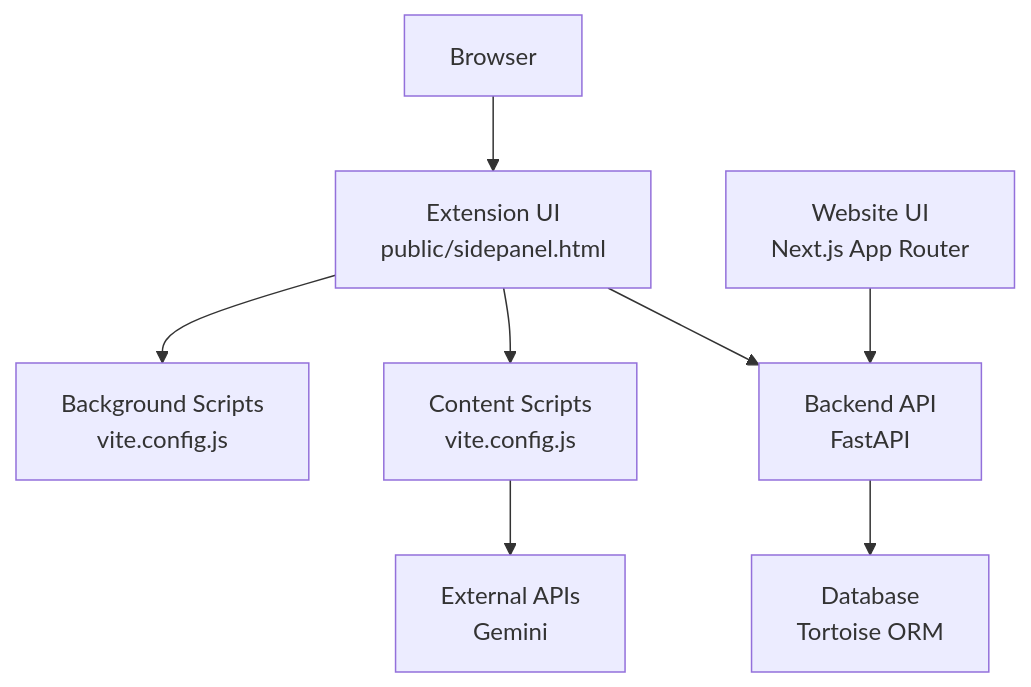
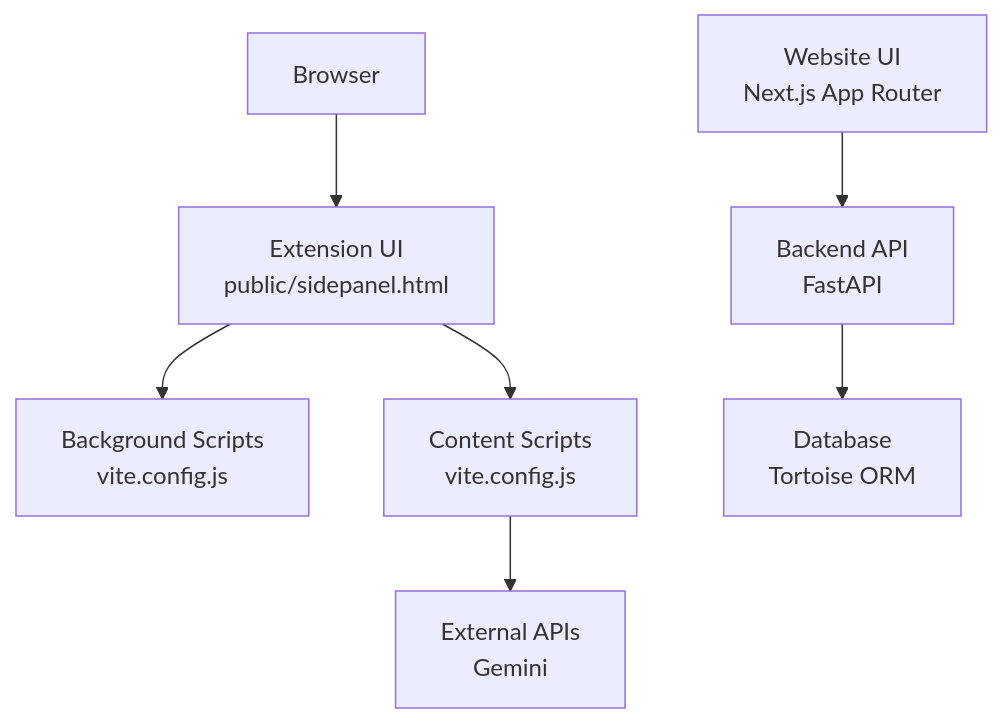
One commit to tashifkhan/tashif.codes changed the second of 6 diagrams in src/data/docs/mooc-utils/Development Setup.md. Above: the diagram before and after it, drawn with Mermaid. The commit also changed other lines of this file and 2128 other files, not shown here.

First line of the commit message:
docs: replace raster diagram images with native Mermaid across project guides

````diff
--- a/src/data/docs/mooc-utils/Development Setup.md
+++ b/src/data/docs/mooc-utils/Development Setup.md
@@ -102,18 +97,17 @@
 ```mermaid
 graph TB
 Browser["Browser"]
 Ext["Extension UI<br/>public/sidepanel.html"]
 ExtBg["Background Scripts<br/>vite.config.js"]
 ExtCt["Content Scripts<br/>vite.config.js"]
 ExtAPI["External APIs<br/>Gemini"]
 WebUI["Website UI<br/>Next.js App Router"]
 API["Backend API<br/>FastAPI"]
 DB["Database<br/>Tortoise ORM"]
 Browser --> Ext
 Ext --> ExtBg
 Ext --> ExtCt
 ExtCt --> ExtAPI
 WebUI --> API
 API --> DB
-Ext --> API
 ```
````
